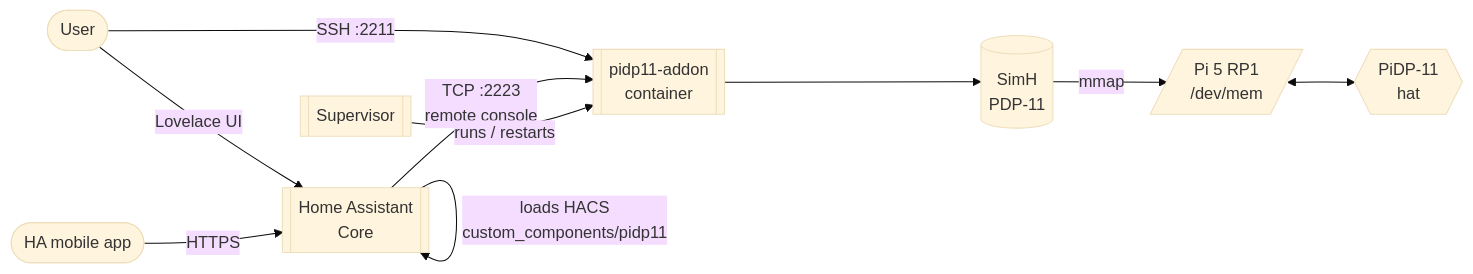
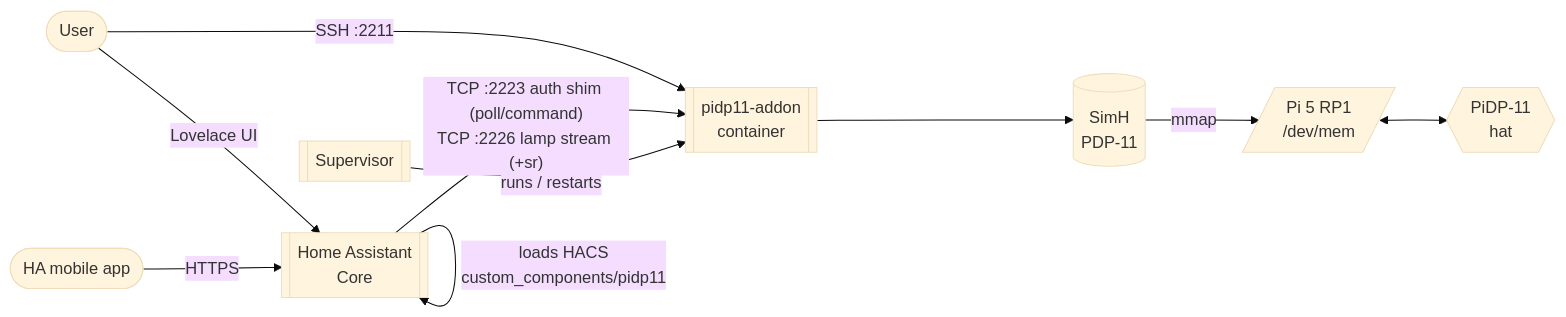
Before and after one commit to dmz006/pidp11-hacs: the first of 8 diagrams in docs/diagrams.md, drawn with Mermaid (base theme). The commit also changed other lines of this file and 31 other files, not shown here.

First line of the commit message:
fix: card is a real custom element, entity ids, connection exhaustion in the integration and the auth shim

````diff
--- a/docs/diagrams.md
+++ b/docs/diagrams.md
@@ -10,21 +10,21 @@
 ```mermaid
 graph LR
     user([User])
     phone([HA mobile app])
     ha[[Home Assistant<br/>Core]]
     sup[[Supervisor]]
     addon[[pidp11-addon<br/>container]]
     simh[(SimH<br/>PDP-11)]
     panel{{PiDP-11<br/>hat}}
     gpio[/Pi 5 RP1<br/>/dev/mem/]
 
     user -- "SSH :2211" --> addon
     user -- "Lovelace UI" --> ha
     phone -- HTTPS --> ha
     ha -- "loads HACS<br/>custom_components/pidp11" --> ha
-    ha -- "TCP :2223<br/>remote console" --> addon
+    ha -- "TCP :2223 auth shim (poll/command)<br/>TCP :2226 lamp stream (+sr)" --> addon
     sup -- "runs / restarts" --> addon
     addon --> simh
     simh -- "mmap" --> gpio
     gpio <--> panel
 ```
````
